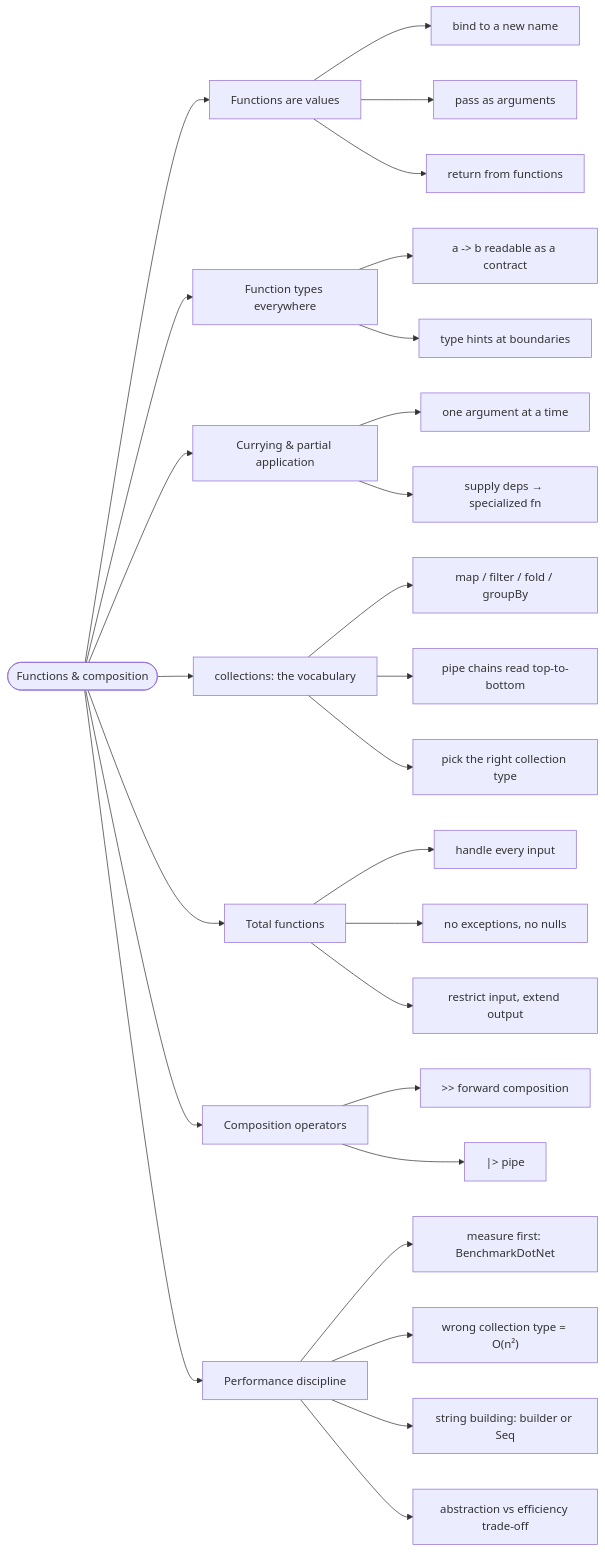
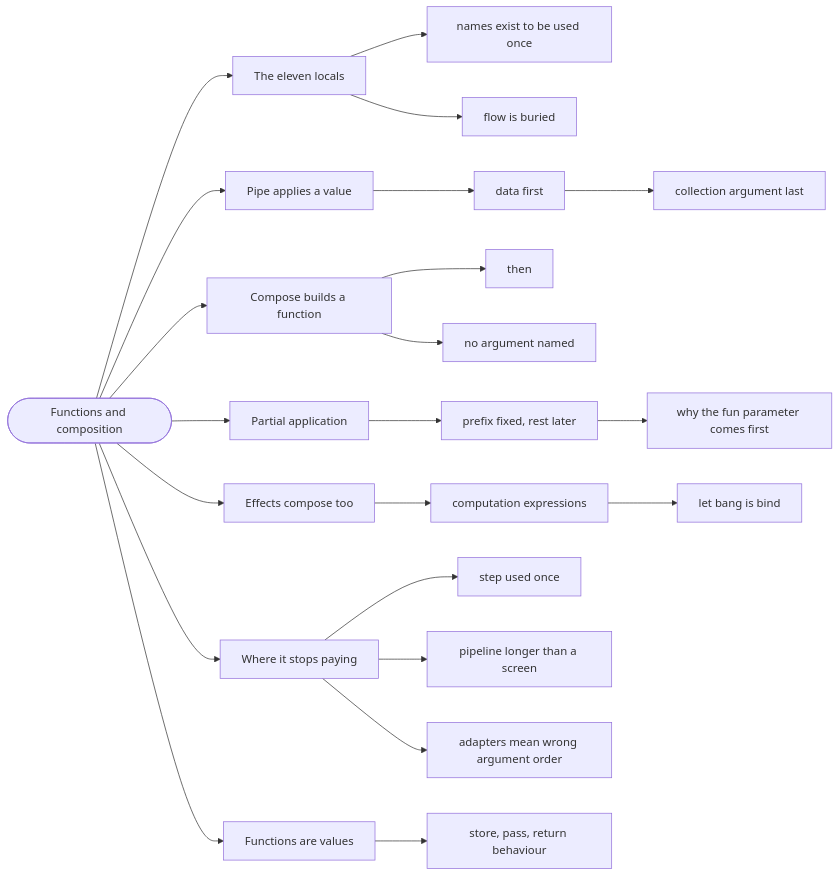
Before and after one commit to 42WASD/42wasd-community-web: the diagram in docs/knowledge/functions-and-composition/index.md, drawn with Mermaid. The commit also changed other lines of this file and 36 other files, not shown here.

````diff
--- a/docs/knowledge/functions-and-composition/index.md
+++ b/docs/knowledge/functions-and-composition/index.md
@@ -155,56 +148,46 @@
 ```mermaid
 flowchart LR
-    n1(["Functions &amp; composition"])
-    n2["Functions are values"]
-    n3["bind to a new name"]
-    n4["pass as arguments"]
-    n5["return from functions"]
-    n6["Function types everywhere"]
-    n7["a -&gt; b readable as a contract"]
-    n8["type hints at boundaries"]
-    n9["Currying &amp; partial application"]
-    n10["one argument at a time"]
-    n11["supply deps → specialized fn"]
-    n12["collections: the vocabulary"]
-    n13["map / filter / fold / groupBy"]
-    n14["pipe chains read top-to-bottom"]
-    n15["pick the right collection type"]
-    n16["Total functions"]
-    n17["handle every input"]
-    n18["no exceptions, no nulls"]
-    n19["restrict input, extend output"]
-    n20["Composition operators"]
-    n21["&gt;&gt; forward composition"]
-    n22["|&gt; pipe"]
-    n23["Performance discipline"]
-    n24["measure first: BenchmarkDotNet"]
-    n25["wrong collection type = O(n²)"]
-    n26["string building: builder or Seq"]
-    n27["abstraction vs efficiency trade-off"]
+    n1(["Functions and composition"])
+    n2["The eleven locals"]
+    n3["names exist to be used once"]
+    n4["flow is buried"]
+    n5["Pipe applies a value"]
+    n6["data first"]
+    n7["collection argument last"]
+    n8["Compose builds a function"]
+    n9["then"]
+    n10["no argument named"]
+    n11["Partial application"]
+    n12["prefix fixed, rest later"]
+    n13["why the fun parameter comes first"]
+    n14["Effects compose too"]
+    n15["computation expressions"]
+    n16["let bang is bind"]
+    n17["Where it stops paying"]
+    n18["step used once"]
+    n19["pipeline longer than a screen"]
+    n20["adapters mean wrong argument order"]
+    n21["Functions are values"]
+    n22["store, pass, return behaviour"]
     n1 --> n2
     n2 --> n3
     n2 --> n4
-    n2 --> n5
-    n1 --> n6
+    n1 --> n5
+    n5 --> n6
     n6 --> n7
-    n6 --> n8
-    n1 --> n9
-    n9 --> n10
-    n9 --> n11
-    n1 --> n12
+    n1 --> n8
+    n8 --> n9
+    n8 --> n10
+    n1 --> n11
+    n11 --> n12
     n12 --> n13
-    n12 --> n14
-    n12 --> n15
-    n1 --> n16
-    n16 --> n17
-    n16 --> n18
-    n16 --> n19
-    n1 --> n20
-    n20 --> n21
-    n20 --> n22
-    n1 --> n23
-    n23 --> n24
-    n23 --> n25
-    n23 --> n26
-    n23 --> n27
+    n1 --> n14
+    n14 --> n15
+    n15 --> n16
+    n1 --> n17
+    n17 --> n18
+    n17 --> n19
+    n17 --> n20
+    n1 --> n21
+    n21 --> n22
 ```
````
